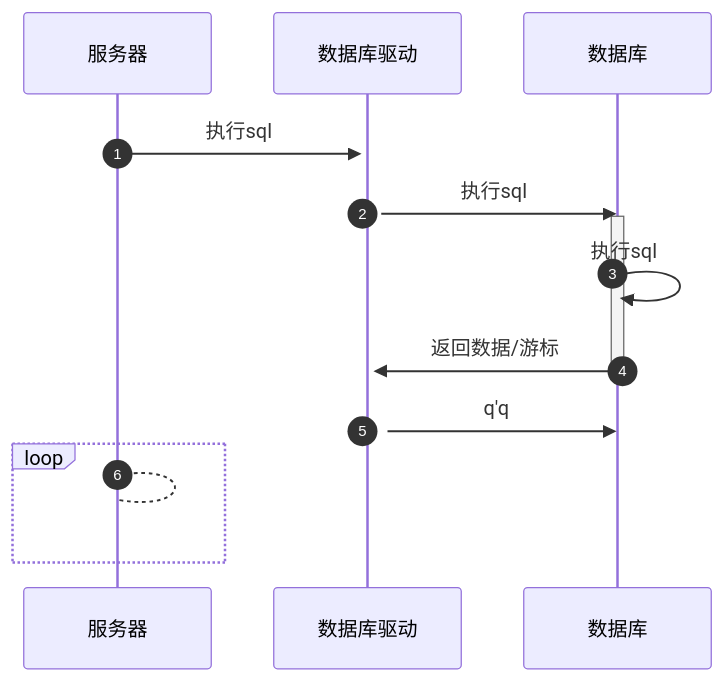
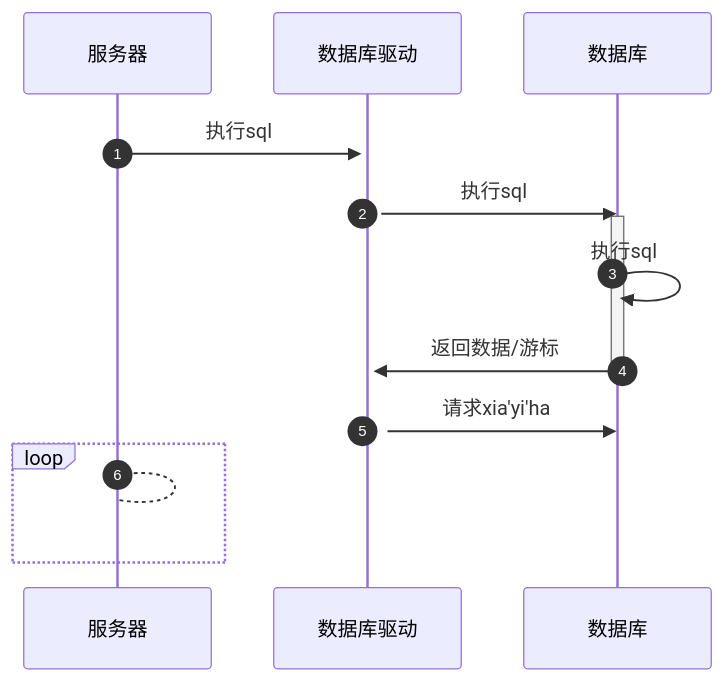
One commit to HY-10-8/iodraw-files changed the diagram in all/AI-服务查询数据.md. Above: the diagram before and after it, drawn with Mermaid.

Commit message:
2025-11-27 17:40:33 update

````diff
--- a/all/AI-服务查询数据.md
+++ b/all/AI-服务查询数据.md
@@ -1,16 +1,16 @@
 ```mermaid
 sequenceDiagram
     autonumber
     服务器->>+数据库驱动: 执行sql
     数据库驱动->>数据库:执行sql
 
     activate 数据库
     数据库->>数据库: 执行sql
     数据库->>+数据库驱动: 返回数据/游标
     deactivate 数据库
 
-    数据库驱动->>数据库: q'q
+    数据库驱动->>数据库: 请求xia'yi'ha
     loop 
         服务器-->服务器: 
     end
 ```
````
